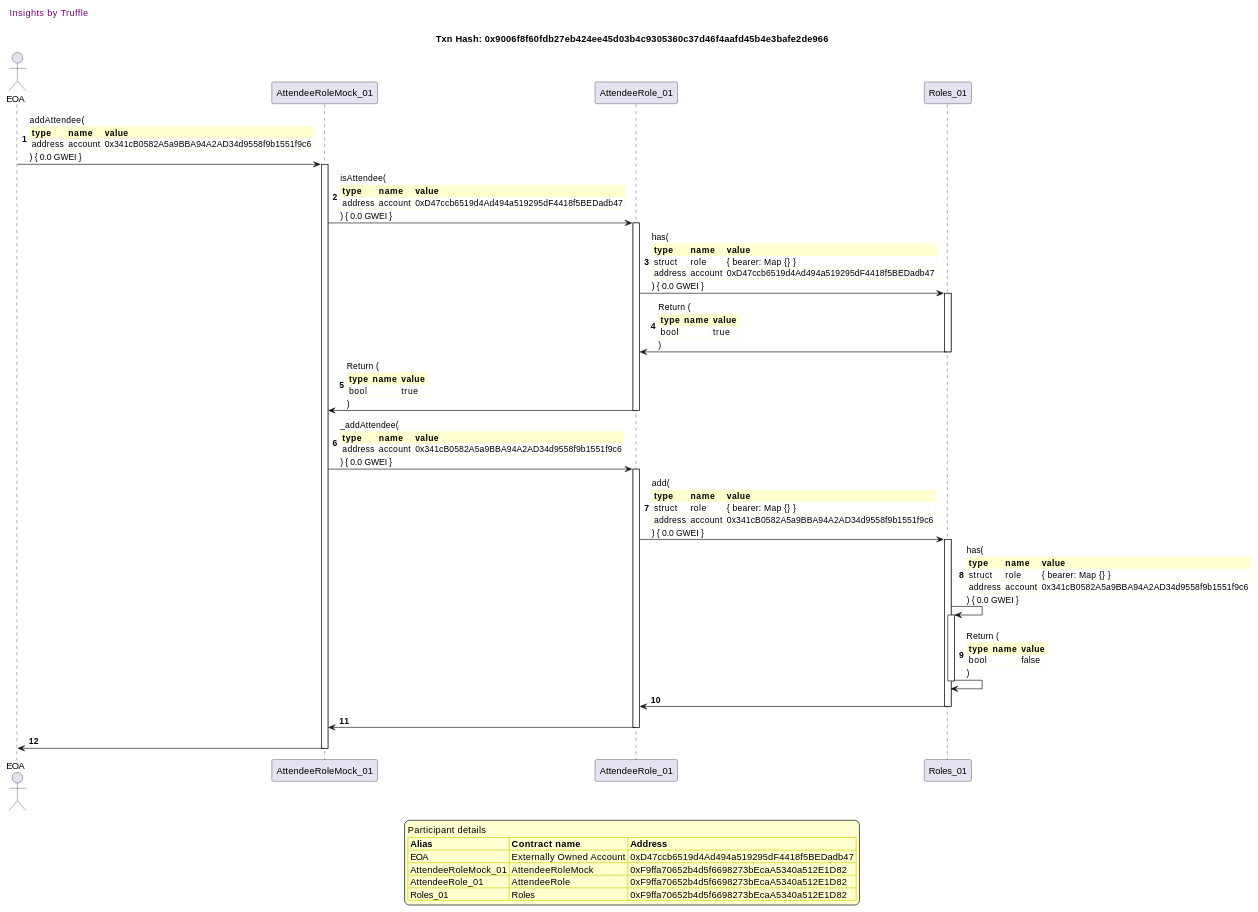
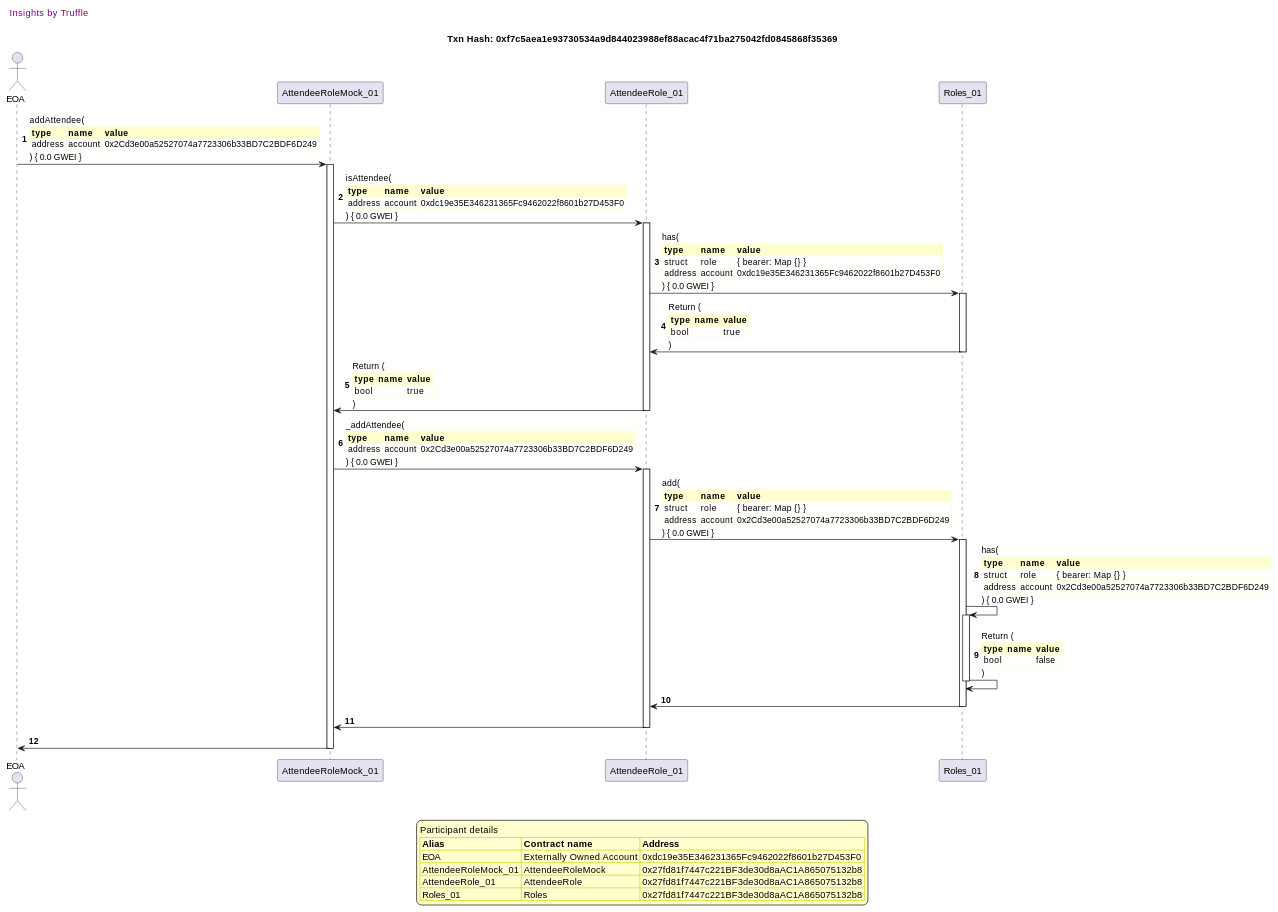
Before and after one commit to fodisi/hackapay: the fourth of 41 diagrams in truffle-seq/roles_attendeerole.md, drawn with PlantUML. The commit also changed other lines of this file and 10 other files, not shown here.

````diff
--- a/truffle-seq/roles_attendeerole.md
+++ b/truffle-seq/roles_attendeerole.md
@@ -239,81 +239,81 @@
 ```plantuml
 
 
 @startuml
 
 autonumber
 skinparam legendBackgroundColor #FEFECE
 
 <style>
       header {
         HorizontalAlignment left
         FontColor purple
         FontSize 14
         Padding 10
       }
     </style>
 
 header Insights by Truffle
 
-title Txn Hash: 0x9006f8f60fdb27eb424ee45d03b4c9305360c37d46f4aafd45b4e3bafe2de966
+title Txn Hash: 0xf7c5aea1e93730534a9d844023988ef88acac4f71ba275042fd0845868f35369
 
 
 actor EOA as "EOA"
 participant AttendeeRoleMock_01 as "AttendeeRoleMock_01"
 participant AttendeeRole_01 as "AttendeeRole_01"
 participant Roles_01 as "Roles_01"
 
 "EOA" -> "AttendeeRoleMock_01" ++: addAttendee(\n\
 <#FEFECE,#FEFECE>|= type |= name |= value |\n\
-| address | account | 0x341cB0582A5a9BBA94A2AD34d9558f9b1551f9c6 |\n\
+| address | account | 0x2Cd3e00a52527074a7723306b33BD7C2BDF6D249 |\n\
 ) { 0.0 GWEI }
 "AttendeeRoleMock_01" -> "AttendeeRole_01" ++: isAttendee(\n\
 <#FEFECE,#FEFECE>|= type |= name |= value |\n\
-| address | account | 0xD47ccb6519d4Ad494a519295dF4418f5BEDadb47 |\n\
+| address | account | 0xdc19e35E346231365Fc9462022f8601b27D453F0 |\n\
 ) { 0.0 GWEI }
 "AttendeeRole_01" -> "Roles_01" ++: has(\n\
 <#FEFECE,#FEFECE>|= type |= name |= value |\n\
 | struct | role | { bearer: Map {} } |\n\
-| address | account | 0xD47ccb6519d4Ad494a519295dF4418f5BEDadb47 |\n\
+| address | account | 0xdc19e35E346231365Fc9462022f8601b27D453F0 |\n\
 ) { 0.0 GWEI }
 "Roles_01" -> "AttendeeRole_01" --: Return (\n\
 <#FEFECE,#FEFECE>|= type |= name |= value |\n\
 | bool |  | true |\n\
 )
 "AttendeeRole_01" -> "AttendeeRoleMock_01" --: Return (\n\
 <#FEFECE,#FEFECE>|= type |= name |= value |\n\
 | bool |  | true |\n\
 )
 "AttendeeRoleMock_01" -> "AttendeeRole_01" ++: _addAttendee(\n\
 <#FEFECE,#FEFECE>|= type |= name |= value |\n\
-| address | account | 0x341cB0582A5a9BBA94A2AD34d9558f9b1551f9c6 |\n\
+| address | account | 0x2Cd3e00a52527074a7723306b33BD7C2BDF6D249 |\n\
 ) { 0.0 GWEI }
 "AttendeeRole_01" -> "Roles_01" ++: add(\n\
 <#FEFECE,#FEFECE>|= type |= name |= value |\n\
 | struct | role | { bearer: Map {} } |\n\
-| address | account | 0x341cB0582A5a9BBA94A2AD34d9558f9b1551f9c6 |\n\
+| address | account | 0x2Cd3e00a52527074a7723306b33BD7C2BDF6D249 |\n\
 ) { 0.0 GWEI }
 "Roles_01" -> "Roles_01" ++: has(\n\
 <#FEFECE,#FEFECE>|= type |= name |= value |\n\
 | struct | role | { bearer: Map {} } |\n\
-| address | account | 0x341cB0582A5a9BBA94A2AD34d9558f9b1551f9c6 |\n\
+| address | account | 0x2Cd3e00a52527074a7723306b33BD7C2BDF6D249 |\n\
 ) { 0.0 GWEI }
 "Roles_01" -> "Roles_01" --: Return (\n\
 <#FEFECE,#FEFECE>|= type |= name |= value |\n\
 | bool |  | false |\n\
 )
 "Roles_01" -> "AttendeeRole_01" --: 
 "AttendeeRole_01" -> "AttendeeRoleMock_01" --: 
 "AttendeeRoleMock_01" -> "EOA" --: 
 
 legend
 Participant details
 <#FEFECE,#D0D000>|= Alias |= Contract name |= Address |
-<#FEFECE>| EOA | Externally Owned Account | 0xD47ccb6519d4Ad494a519295dF4418f5BEDadb47 |
-<#FEFECE>| AttendeeRoleMock_01 | AttendeeRoleMock | 0xF9ffa70652b4d5f6698273bEcaA5340a512E1D82 |
-<#FEFECE>| AttendeeRole_01 | AttendeeRole | 0xF9ffa70652b4d5f6698273bEcaA5340a512E1D82 |
-<#FEFECE>| Roles_01 | Roles | 0xF9ffa70652b4d5f6698273bEcaA5340a512E1D82 |
+<#FEFECE>| EOA | Externally Owned Account | 0xdc19e35E346231365Fc9462022f8601b27D453F0 |
+<#FEFECE>| AttendeeRoleMock_01 | AttendeeRoleMock | 0x27fd81f7447c221BF3de30d8aAC1A865075132b8 |
+<#FEFECE>| AttendeeRole_01 | AttendeeRole | 0x27fd81f7447c221BF3de30d8aAC1A865075132b8 |
+<#FEFECE>| Roles_01 | Roles | 0x27fd81f7447c221BF3de30d8aAC1A865075132b8 |
 endlegend
 
 @enduml
 ```
````
